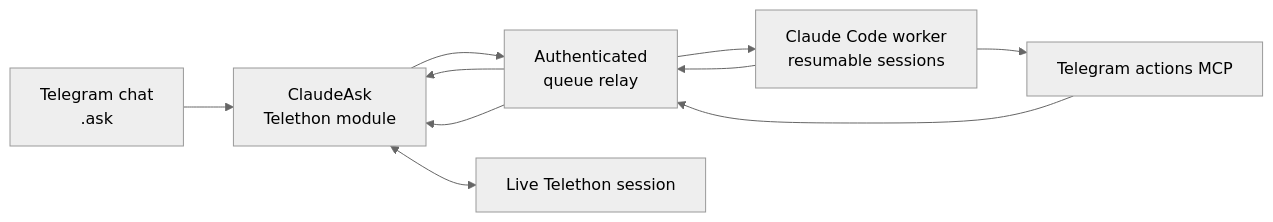
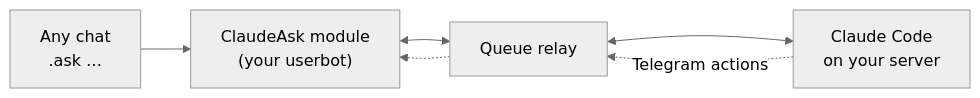
The diagram in README.md (maleon17/claude-ask), drawn with Mermaid (neutral theme) before and after one commit. The commit also changed other lines of this file, not shown here.

````diff
--- a/README.md
+++ b/README.md
@@ -13,10 +17,7 @@
 ```mermaid
 flowchart LR
-    C["Telegram chat<br/>.ask"] --> U["ClaudeAsk<br/>Telethon module"]
-    U --> R["Authenticated<br/>queue relay"]
-    R --> W["Claude Code worker<br/>resumable sessions"]
-    W --> R --> U
-    W --> M["Telegram actions MCP"]
-    M --> R --> U
-    U <--> T["Live Telethon session"]
+    C["Any chat<br/>.ask …"] --> U["ClaudeAsk module<br/>(your userbot)"]
+    U <--> R["Queue relay"]
+    R <--> W["Claude Code<br/>on your server"]
+    W -. "Telegram actions" .-> R -.-> U
 ```
````
